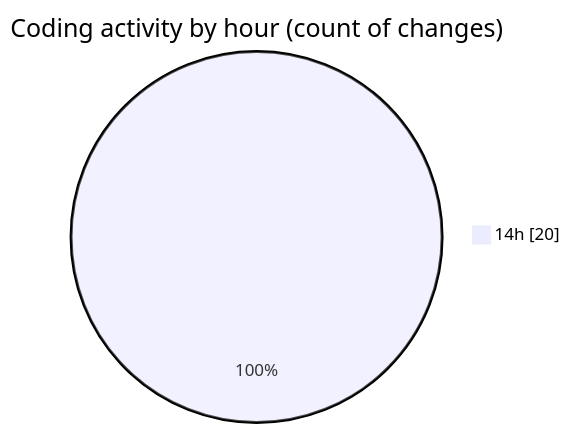
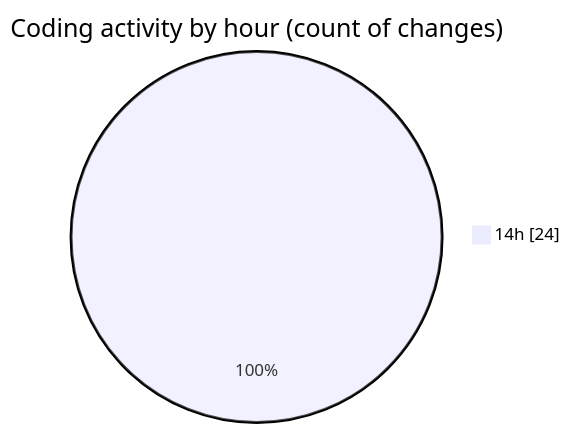
Before and after one commit to NitaiMahat/code-tracking: the second of 2 diagrams in 2025-02-07/recipe-page-main/README.md, drawn with Mermaid. The commit also changed other lines of this file and 1 other file, not shown here.

````diff
--- a/2025-02-07/recipe-page-main/README.md
+++ b/2025-02-07/recipe-page-main/README.md
@@ -30,5 +30,5 @@
 ```mermaid
 pie showData
 title Coding activity by hour (count of changes)
-"14h" : 20
+"14h" : 24
 ```
````
